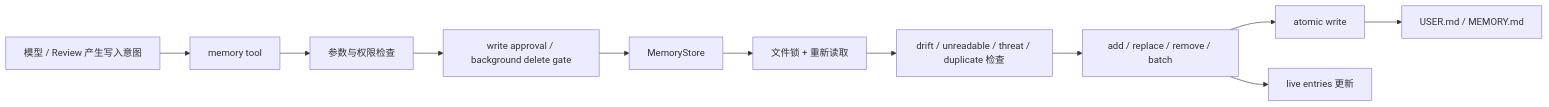
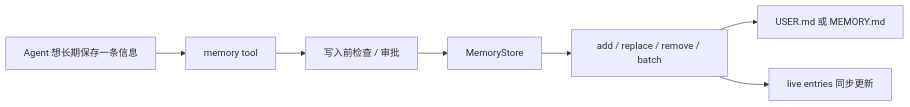
One commit to SodaWWater/AI-Learn changed the ninth of 15 diagrams in learning/hermes-vault/chapters/06-memory-history-external-provider.md. Above: the diagram before and after it, drawn with Mermaid. The commit also changed other lines of this file, not shown here.

Commit message:
docs: clarify Hermes memory architecture and teaching flow

````diff
--- a/learning/hermes-vault/chapters/06-memory-history-external-provider.md
+++ b/learning/hermes-vault/chapters/06-memory-history-external-provider.md
@@ -739,13 +934,9 @@
 ```mermaid
 flowchart LR
-    I["模型 / Review 产生写入意图"] --> T["memory tool"]
-    T --> V["参数与权限检查"]
-    V --> G["write approval / background delete gate"]
+    I["Agent 想长期保存一条信息"] --> T["memory tool"]
+    T --> G["写入前检查 / 审批"]
     G --> S["MemoryStore"]
-    S --> L["文件锁 + 重新读取"]
-    L --> D["drift / unreadable / threat / duplicate 检查"]
-    D --> M["add / replace / remove / batch"]
-    M --> A["atomic write"]
-    A --> F["USER.md / MEMORY.md"]
-    M --> E["live entries 更新"]
+    S --> M["add / replace / remove / batch"]
+    M --> F["USER.md 或 MEMORY.md"]
+    M --> E["live entries 同步更新"]
 ```
````
